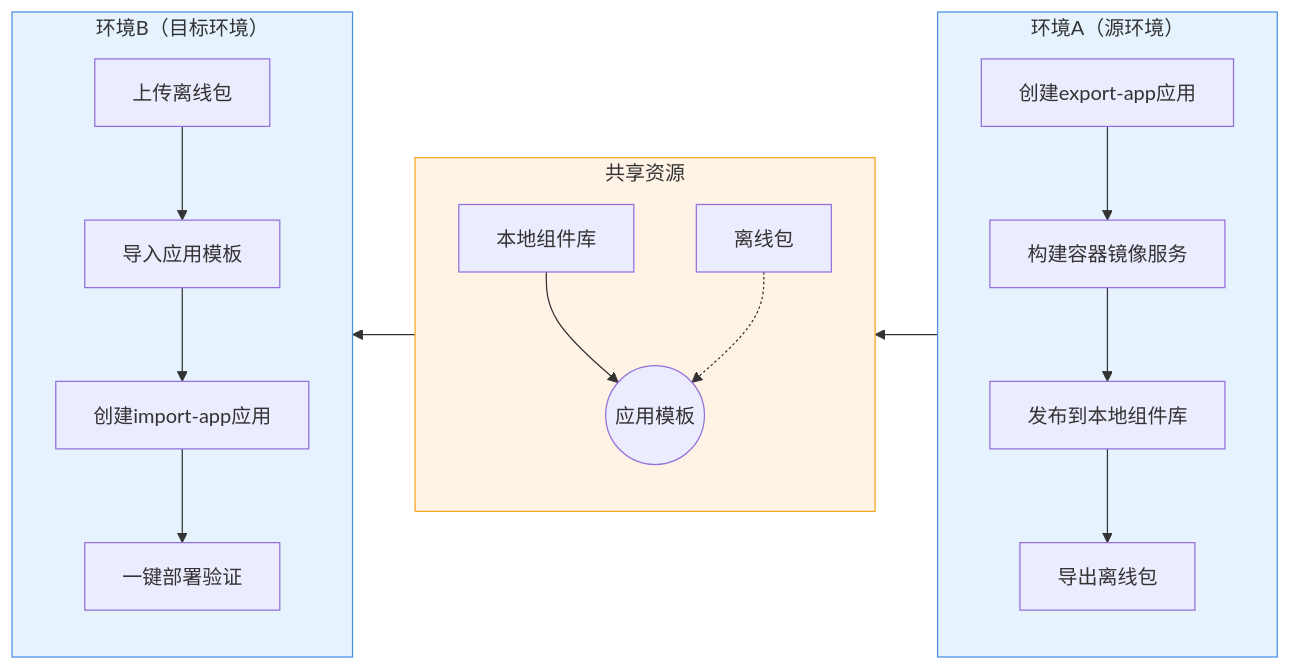
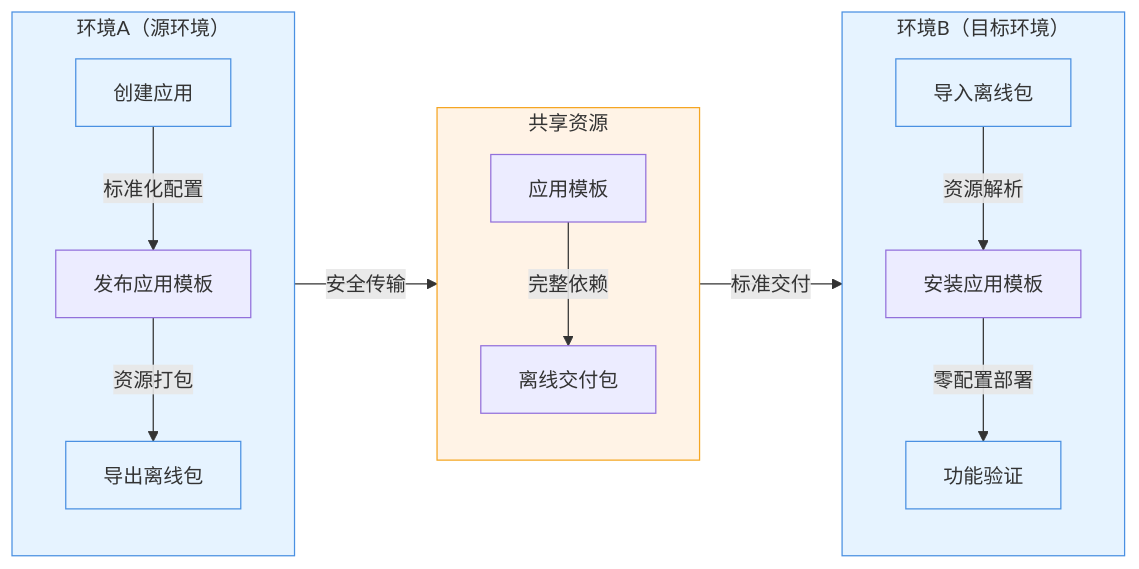
Before and after one commit to goodrain/rainbond-docs: the diagram in docs/tutorial/app-template-offline.md, drawn with Mermaid. The commit also changed other lines of this file and 29 other files, not shown here.

````diff
--- a/docs/tutorial/app-template-offline.md
+++ b/docs/tutorial/app-template-offline.md
@@ -15,30 +15,32 @@
 ```mermaid
-flowchart RL
+flowchart LR
     subgraph ENV_A["环境A（源环境）"]
         direction TB
-        A1[创建export-app应用] --> A2[构建容器镜像服务]
-        A2 --> A3[发布到本地组件库]
-        A3 --> A4[导出离线包]
+        A1[创建应用] -->|标准化配置| A2[发布应用模板]
+        A2 -->|资源打包| A3[导出离线包]
+        style A1 fill:#e6f3ff,stroke:#4a90e2
+        style A3 fill:#e6f3ff,stroke:#4a90e2
     end
 
     subgraph LIB["共享资源"]
         direction TB
-        L1[本地组件库] --> L2((应用模板))
-        L3[离线包] -.-> L2
+        L1[应用模板] -->|完整依赖| L2[离线交付包]
+        style LIB fill:#fff3e6,stroke:#f5a623
     end
 
     subgraph ENV_B["环境B（目标环境）"]
         direction TB
-        B1[上传离线包] --> B2[导入应用模板]
-        B2 --> B3[创建import-app应用]
-        B3 --> B4[一键部署验证]
+        B1[导入离线包] -->|资源解析| B2[安装应用模板]
+        B2 -->|零配置部署| B3[功能验证]
+        style B1 fill:#e6f3ff,stroke:#4a90e2
+        style B3 fill:#e6f3ff,stroke:#4a90e2
     end
 
-    ENV_A --> LIB
-    LIB --> ENV_B
+    ENV_A -->|安全传输| LIB
+    LIB -->|标准交付| ENV_B
 
     classDef env fill:#e6f3ff,stroke:#4a90e2;
     classDef lib fill:#fff3e6,stroke:#f5a623;
     class ENV_A,ENV_B env
     class LIB lib
 ```
````
